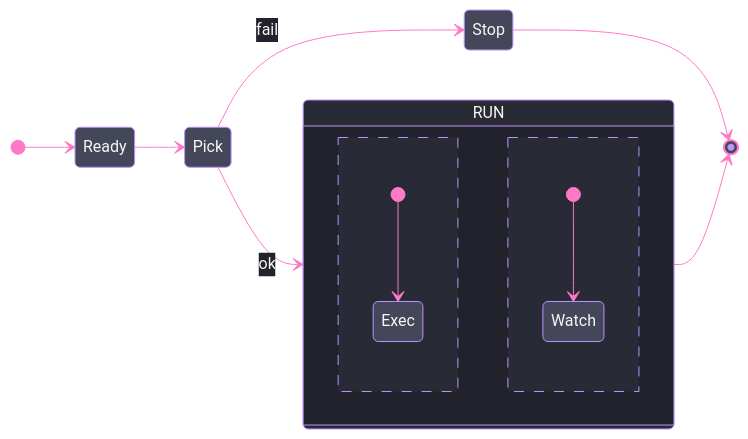
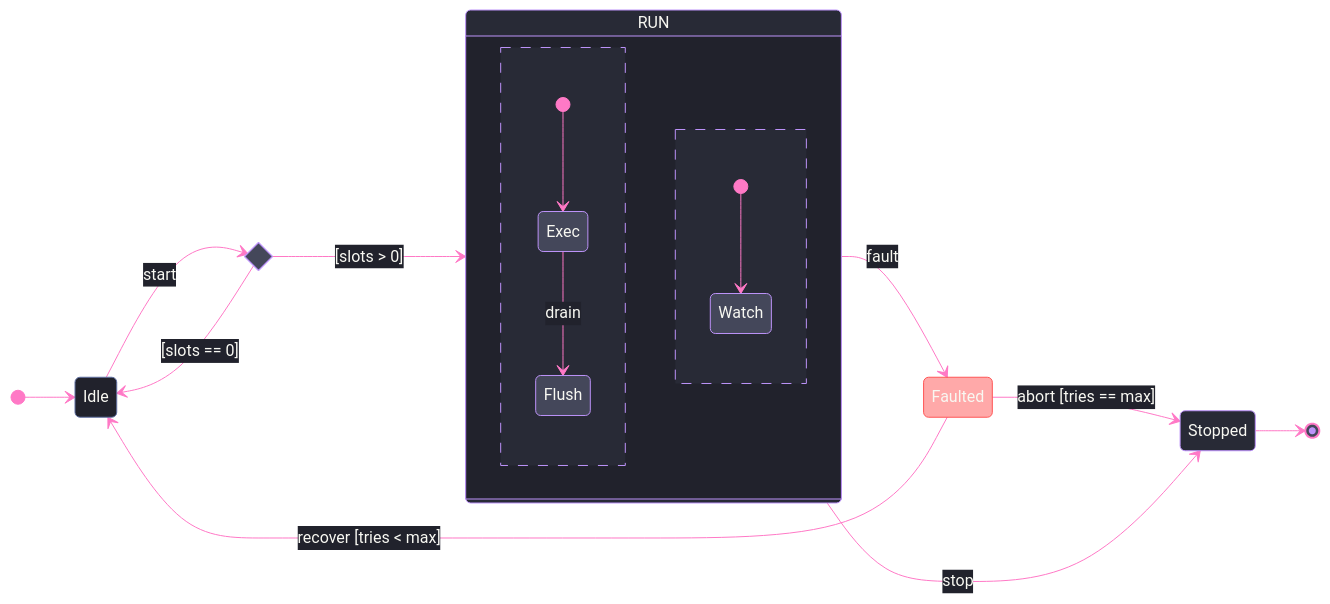
The third of 5 diagrams in .claude/skills/mermaid-diagramming/references/syntax-core.md (bsamiee/Rasm), drawn with Mermaid before and after one commit. The commit also changed other lines of this file and 56 other files, not shown here.

````diff
--- a/.claude/skills/mermaid-diagramming/references/syntax-core.md
+++ b/.claude/skills/mermaid-diagramming/references/syntax-core.md
@@ -124,47 +160,57 @@
 ```mermaid
 ---
 config:
   theme: base
   look: classic
   themeVariables:
     darkMode: true
     fontFamily: "SF Mono, Menlo, Cascadia Mono, Segoe UI Mono, Consolas, monospace"
     useGradient: false
     dropShadow: "none"
     background: "#282A36"
     primaryColor: "#44475A"
     primaryTextColor: "#F8F8F2"
     primaryBorderColor: "#BD93F9"
     mainBkg: "#44475A"
     nodeBorder: "#BD93F9"
     lineColor: "#FF79C6"
     textColor: "#F8F8F2"
     titleColor: "#D6BCFA"
     clusterBkg: "#21222C"
     clusterBorder: "#D6BCFA"
     compositeBackground: "#21222C"
     compositeTitleBackground: "#282A36"
     compositeBorder: "#D6BCFA"
     altBackground: "#282A36"
     edgeLabelBackground: "#21222C"
     labelBackgroundColor: "#21222C"
-  themeCSS: ".nodeLabel{font-size:13px;font-weight:500}.edgeLabel{font-size:12px;font-weight:500}.cluster-label .nodeLabel{font-size:12.5px;font-weight:600;letter-spacing:.08em}.transition{stroke-width:2px}.note-edge{stroke-width:1.5px}.node rect,.node circle,.node path,.node .outer-path{stroke-width:1.5px;filter:none!important}.statediagram-cluster rect.outer{stroke:#D6BCFA;stroke-width:1px!important;stroke-dasharray:5 4}.statediagram-state rect.divider{stroke:#D6BCFA;stroke-width:1px;stroke-dasharray:5 4;fill:#282A36}[id*='barbEnd'] path{fill:#FF79C6;stroke:#FF79C6;transform:scale(.4);transform-origin:14px 7px}.state-start{r:4.5px;fill:#FF79C6;stroke:#FF79C6}.node[id*='_end'] .outer-path{transform-box:fill-box;transform-origin:center;transform:scale(.64)}.edgeLabel rect{transform-box:fill-box;transform-origin:center;transform:scale(1.1,1.2)}"
+  themeCSS: ".nodeLabel{font-size:13px;font-weight:500}.edgeLabel{font-size:12px;font-weight:500}.cluster-label .nodeLabel{font-size:13.5px;font-weight:700;letter-spacing:.08em;color:#D6BCFA}.transition{stroke-width:2px}.note-edge{stroke-width:1.5px}.node rect,.node circle,.node path,.node .outer-path{stroke-width:1.5px;filter:none!important}.statediagram-cluster rect.outer{stroke:#D6BCFA;stroke-width:1px!important;stroke-dasharray:5 4}.statediagram-state rect.divider{stroke:#D6BCFA;stroke-width:1px;stroke-dasharray:5 4;fill:#282A36}[id*='barbEnd'] path{fill:#FF79C6;stroke:#FF79C6;transform:scale(.4);transform-origin:14px 7px}.state-start{r:3.4px;fill:#FF79C6;stroke:#FF79C6}.node[id*='_end'] .outer-path{transform-box:fill-box;transform-origin:center;transform:scale(.48)}.edgeLabel rect{transform-box:fill-box;transform-origin:center;transform:scale(1.1,1.2)}"
 ---
 stateDiagram-v2
     accTitle: Composite state demo
-    accDescr: A ready state routed through a choice into a composite running state with concurrent exec and watch regions.
+    accDescr: A ready worker routed through a choice into a composite running state with concurrent exec and watch regions, a bounded fault recovery loop, and one terminal.
     direction LR
-    [*] --> Ready
-    Ready --> Pick
+    [*] --> Idle
     state Pick <<choice>>
-    Pick --> Run: ok
-    Pick --> Stop: fail
+    Idle --> Pick: start
+    Pick --> Run: [slots > 0]
+    Pick --> Idle: [slots == 0]
     state "RUN" as Run {
       direction TB
       [*] --> Exec
+      Exec --> Flush: drain
       --
       [*] --> Watch
     }
-    Run --> [*]
-    Stop --> [*]
+    Run --> Faulted: fault
+    Faulted --> Idle: recover [tries < max]
+    Faulted --> Stopped: abort [tries == max]
+    Run --> Stopped: stop
+    Stopped --> [*]
+    classDef recessed fill:#21222C,stroke:#6272A4,color:#F8F8F2
+    classDef error fill:#FF555580,stroke:#FF5555,color:#F8F8F2
+    classDef boundary fill:#282A36,stroke:#BD93F9,color:#F8F8F2
+    class Idle recessed
+    class Faulted error
+    class Stopped boundary
 ```
````
